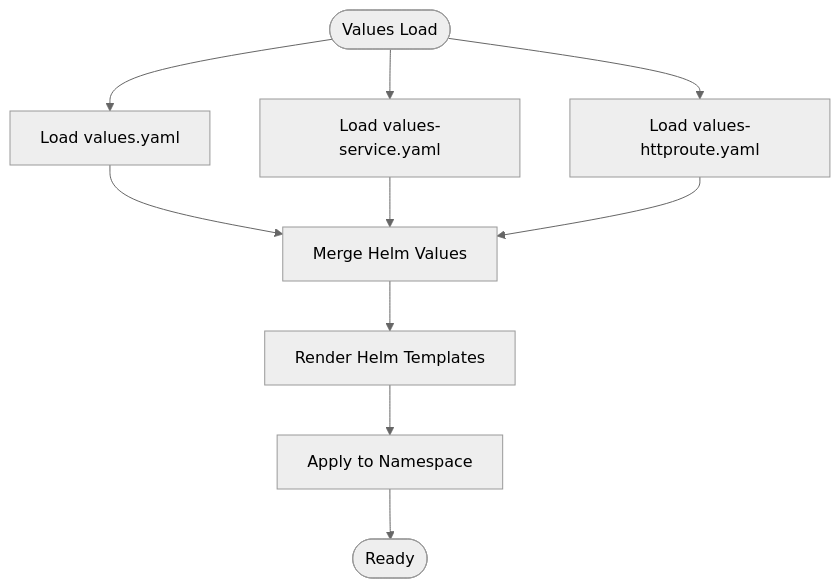
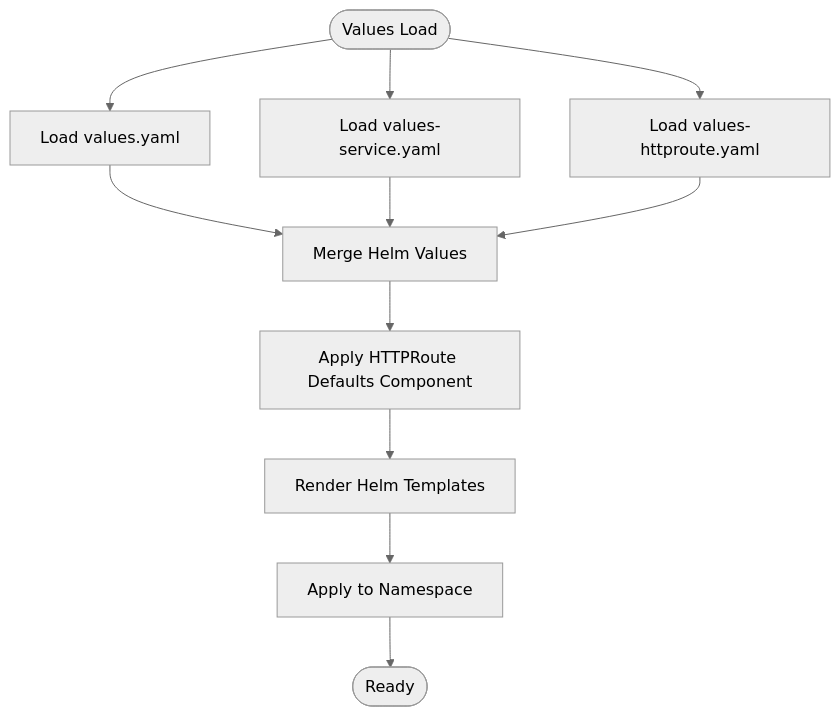
Before and after one commit to Hoangvu75/k8s_manifest: the third of 5 diagrams in .qoder/repowiki/en/content/Playground Applications/Demo Applications.md, drawn with Mermaid (neutral theme). The commit also changed other lines of this file and 5 other files, not shown here.

````diff
--- a/.qoder/repowiki/en/content/Playground Applications/Demo Applications.md
+++ b/.qoder/repowiki/en/content/Playground Applications/Demo Applications.md
@@ -132,12 +148,13 @@
 ```mermaid
 flowchart TD
 Start(["Values Load"]) --> LoadDeployment["Load values.yaml"]
 Start --> LoadService["Load values-service.yaml"]
 Start --> LoadHTTPRoute["Load values-httproute.yaml"]
 LoadDeployment --> Merge["Merge Helm Values"]
 LoadService --> Merge
 LoadHTTPRoute --> Merge
-Merge --> Render["Render Helm Templates"]
+Merge --> ApplyDefaults["Apply HTTPRoute Defaults Component"]
+ApplyDefaults --> Render["Render Helm Templates"]
 Render --> Apply["Apply to Namespace"]
 Apply --> End(["Ready"])
 ```
````
